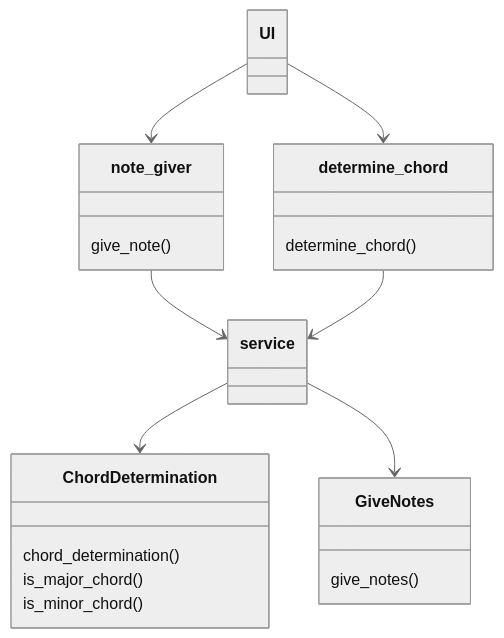
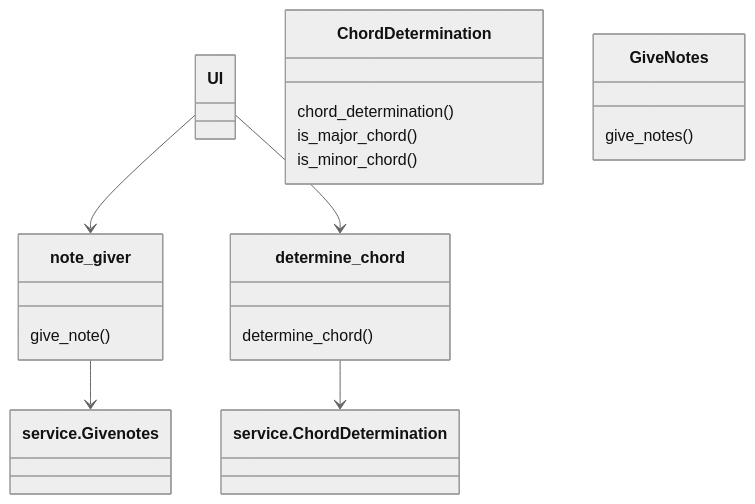
The diagram in dokumentaatio/arkkitehtuuri.md (Aaltonenn/ot-harjoitustyo), drawn with Mermaid (neutral theme) before and after one commit.

````diff
--- a/dokumentaatio/arkkitehtuuri.md
+++ b/dokumentaatio/arkkitehtuuri.md
@@ -3,25 +3,23 @@
 ```mermaid
  classDiagram
       UI --> note_giver
       UI --> determine_chord
-      note_giver --> service
-      determine_chord --> service
-      service --> ChordDetermination
-      service --> GiveNotes
+      note_giver --> service.Givenotes
+      determine_chord --> service.ChordDetermination
       
       class ChordDetermination{
       chord_determination()
       is_major_chord()
       is_minor_chord()
       }
       class GiveNotes{
       give_notes()
       }
       class note_giver{
       give_note()
       }
       class determine_chord{
       determine_chord()
       }
       
 ```
````
